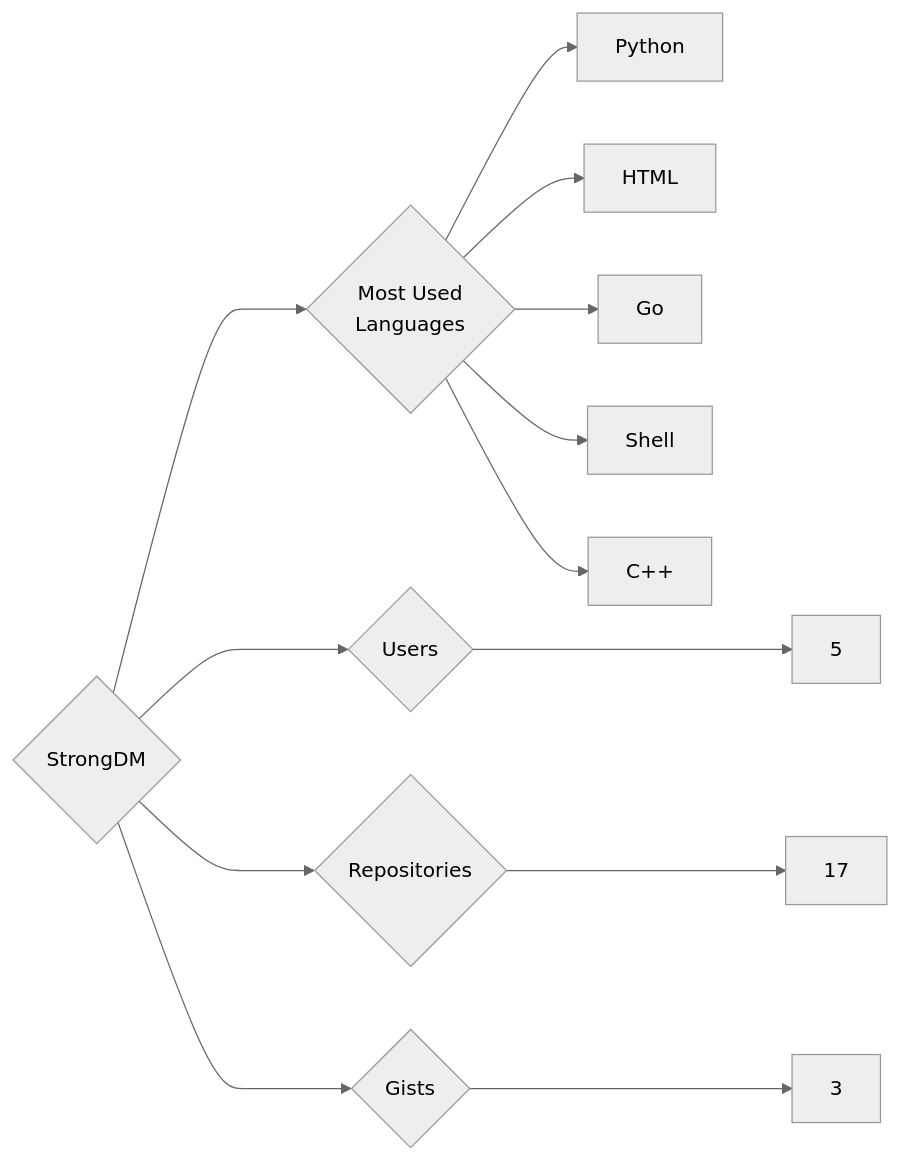
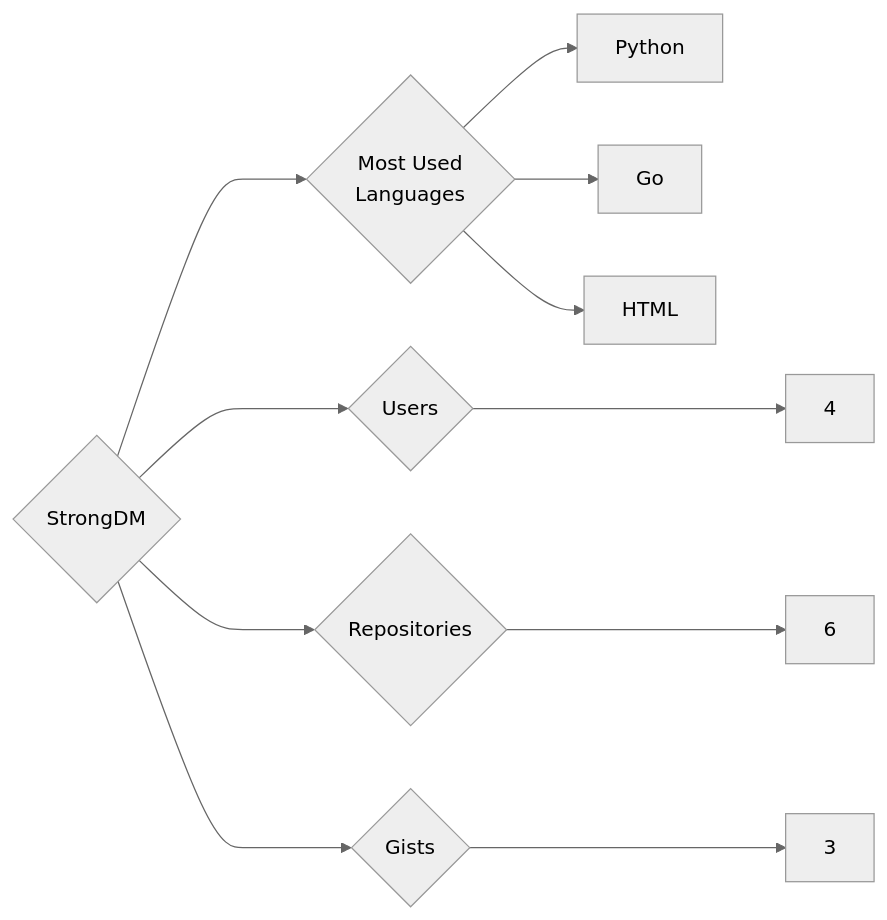
Before and after one commit to trickest/insiders: the diagram in targets/StrongDM/README.md, drawn with Mermaid (neutral theme). The commit also changed 973 other files, not shown here.

````diff
--- a/targets/StrongDM/README.md
+++ b/targets/StrongDM/README.md
@@ -3,13 +3,11 @@
 ```mermaid
 graph LR
 COMPANY_NAME{StrongDM}
-COMPANY_NAME ---> U{Users} ---> UN[5]
-COMPANY_NAME ---> R{Repositories} ---> RN[17]
+COMPANY_NAME ---> U{Users} ---> UN[4]
+COMPANY_NAME ---> R{Repositories} ---> RN[6]
 COMPANY_NAME ---> G{Gists} ---> GN[3]
 COMPANY_NAME ---> ML{Most Used<br>Languages}
 ML --> Python[Python]
+ML --> Go[Go]
 ML --> HTML[HTML]
-ML --> Go[Go]
-ML --> Shell[Shell]
-ML --> C++[C++]
 ```
````
